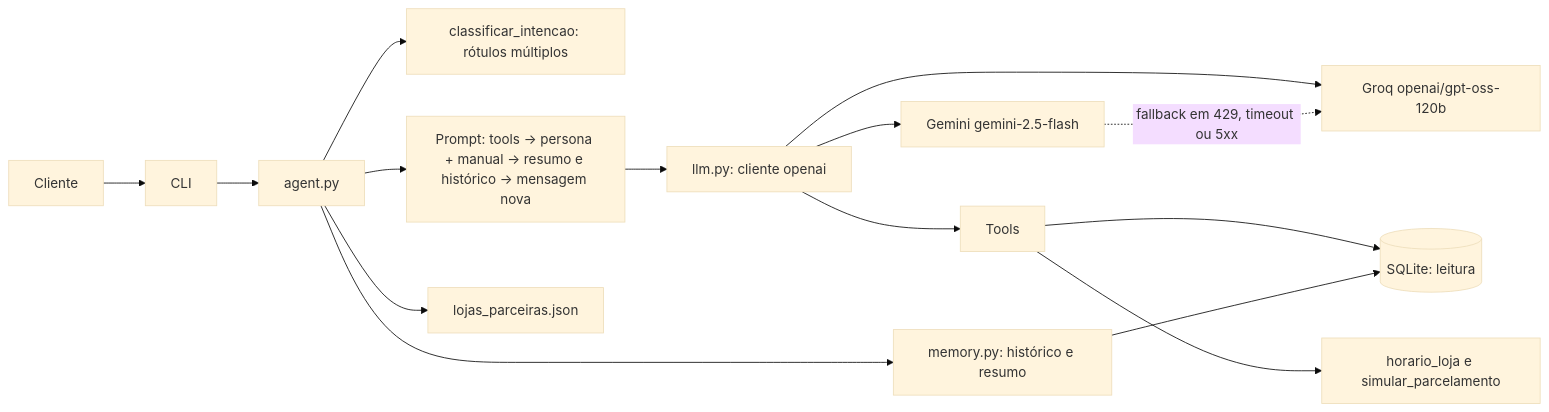
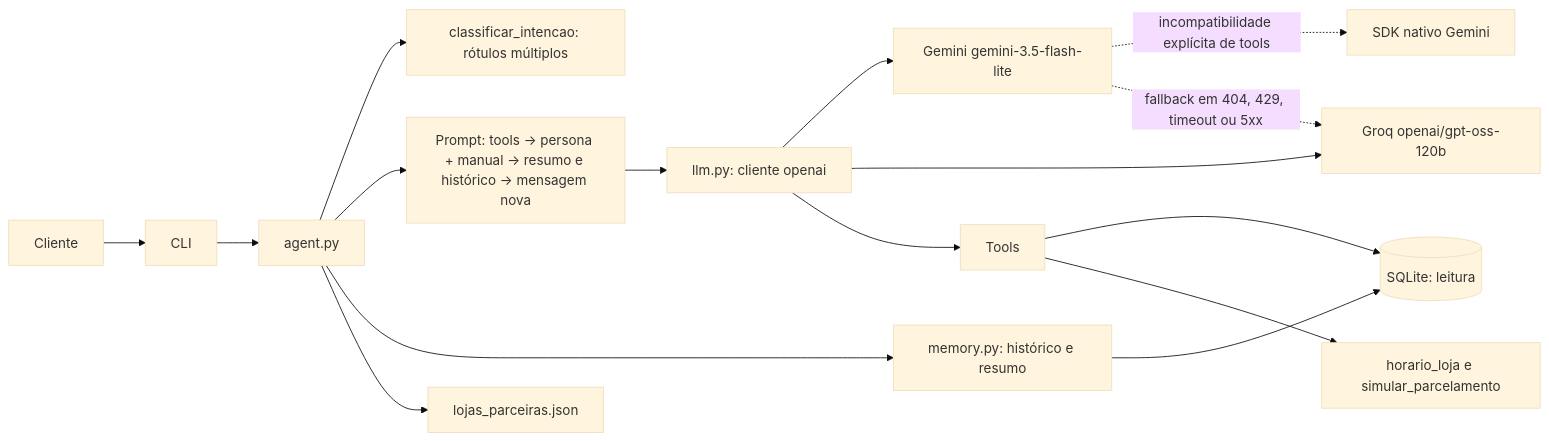
One commit to Vinicius-D-Lima/Emporio-da-Musica-agente- changed the diagram in docs/ARQUITETURA.md. Above: the diagram before and after it, drawn with Mermaid (base theme). The commit also changed other lines of this file and 17 other files, not shown here.

````diff
--- a/docs/ARQUITETURA.md
+++ b/docs/ARQUITETURA.md
@@ -11,17 +11,18 @@
 ```mermaid
 flowchart LR
     C[Cliente] --> CLI[CLI]
     CLI --> A[agent.py]
     A --> I[classificar_intencao: rótulos múltiplos]
     A --> P[Prompt: tools → persona + manual → resumo e histórico → mensagem nova]
     P --> L[llm.py: cliente openai]
-    L --> G[Gemini gemini-2.5-flash]
+    L --> G[Gemini gemini-3.5-flash-lite]
+    G -. incompatibilidade explícita de tools .-> GN[SDK nativo Gemini]
     L --> R[Groq openai/gpt-oss-120b]
-    G -. fallback em 429, timeout ou 5xx .-> R
+    G -. fallback em 404, 429, timeout ou 5xx .-> R
     L --> T[Tools]
     T --> DB[(SQLite: leitura)]
     T --> H[horario_loja e simular_parcelamento]
     A --> M[memory.py: histórico e resumo]
     M --> DB
     A --> S[lojas_parceiras.json]
 ```
````
